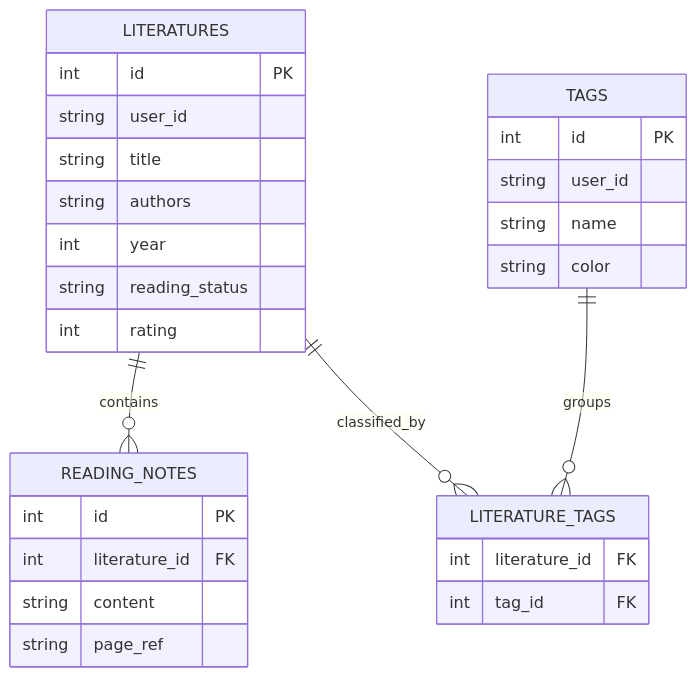
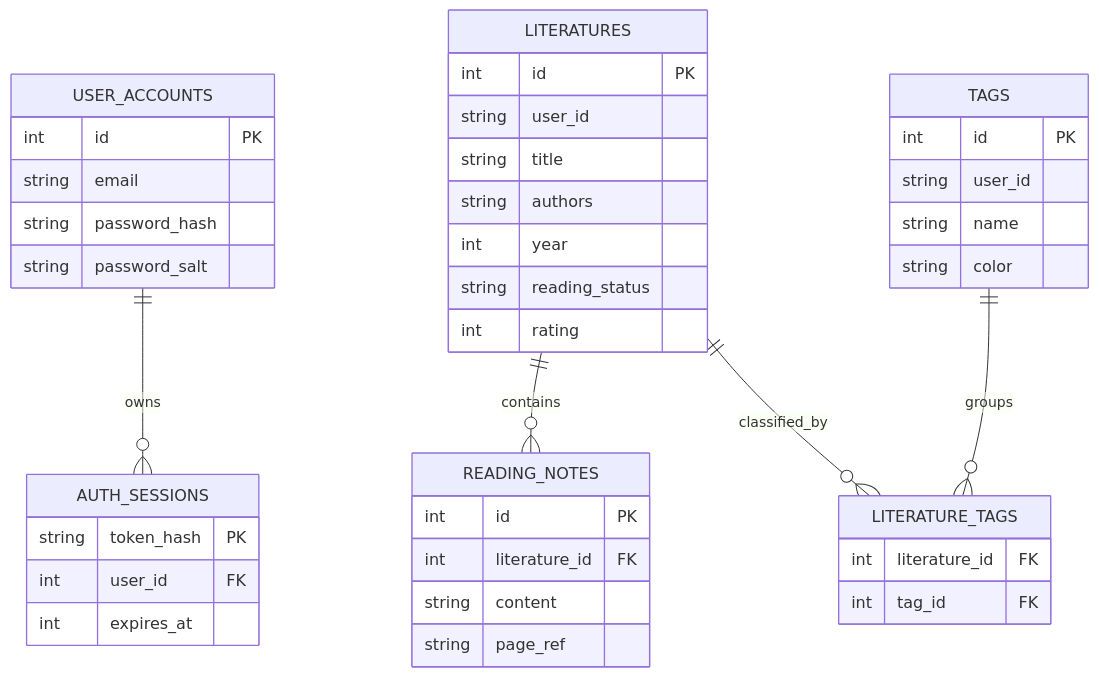
One commit to TezukaKeigo/zhiyue-literature-notes changed the second of 2 diagrams in docs/开发设计文档.md. Above: the diagram before and after it, drawn with Mermaid. The commit also changed other lines of this file and 17 other files, not shown here.

````diff
--- a/docs/开发设计文档.md
+++ b/docs/开发设计文档.md
@@ -43,32 +48,45 @@
 ```mermaid
 erDiagram
+  USER_ACCOUNTS ||--o{ AUTH_SESSIONS : owns
   LITERATURES ||--o{ READING_NOTES : contains
   LITERATURES ||--o{ LITERATURE_TAGS : classified_by
   TAGS ||--o{ LITERATURE_TAGS : groups
+
+  USER_ACCOUNTS {
+    int id PK
+    string email
+    string password_hash
+    string password_salt
+  }
+  AUTH_SESSIONS {
+    string token_hash PK
+    int user_id FK
+    int expires_at
+  }
 
   LITERATURES {
     int id PK
     string user_id
     string title
     string authors
     int year
     string reading_status
     int rating
   }
   READING_NOTES {
     int id PK
     int literature_id FK
     string content
     string page_ref
   }
   TAGS {
     int id PK
     string user_id
     string name
     string color
   }
   LITERATURE_TAGS {
     int literature_id FK
     int tag_id FK
   }
 ```
````
